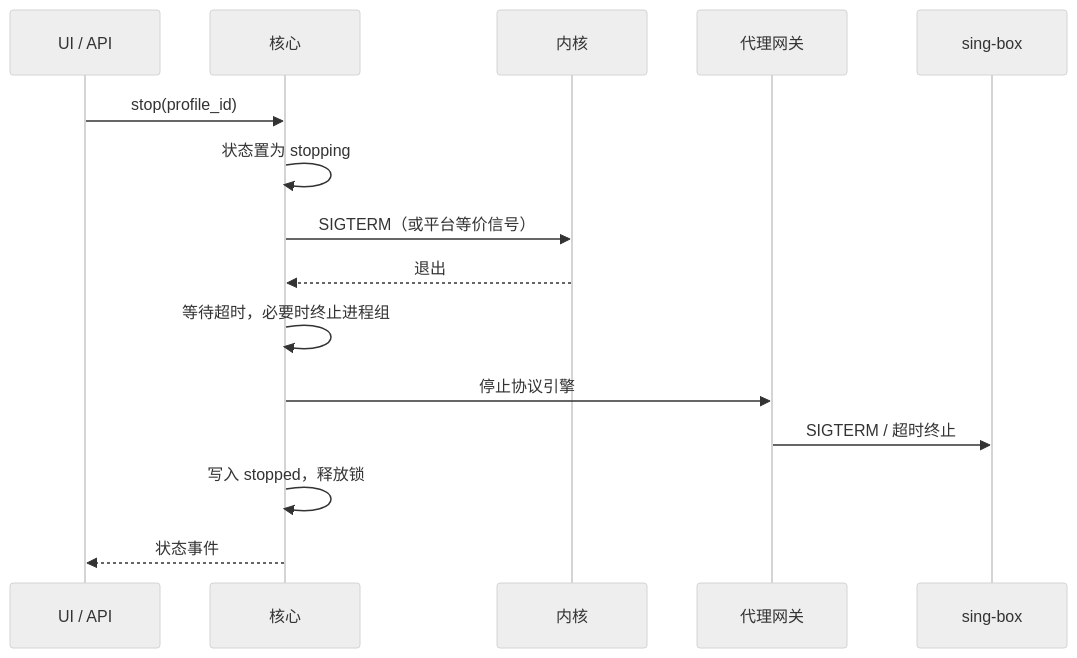
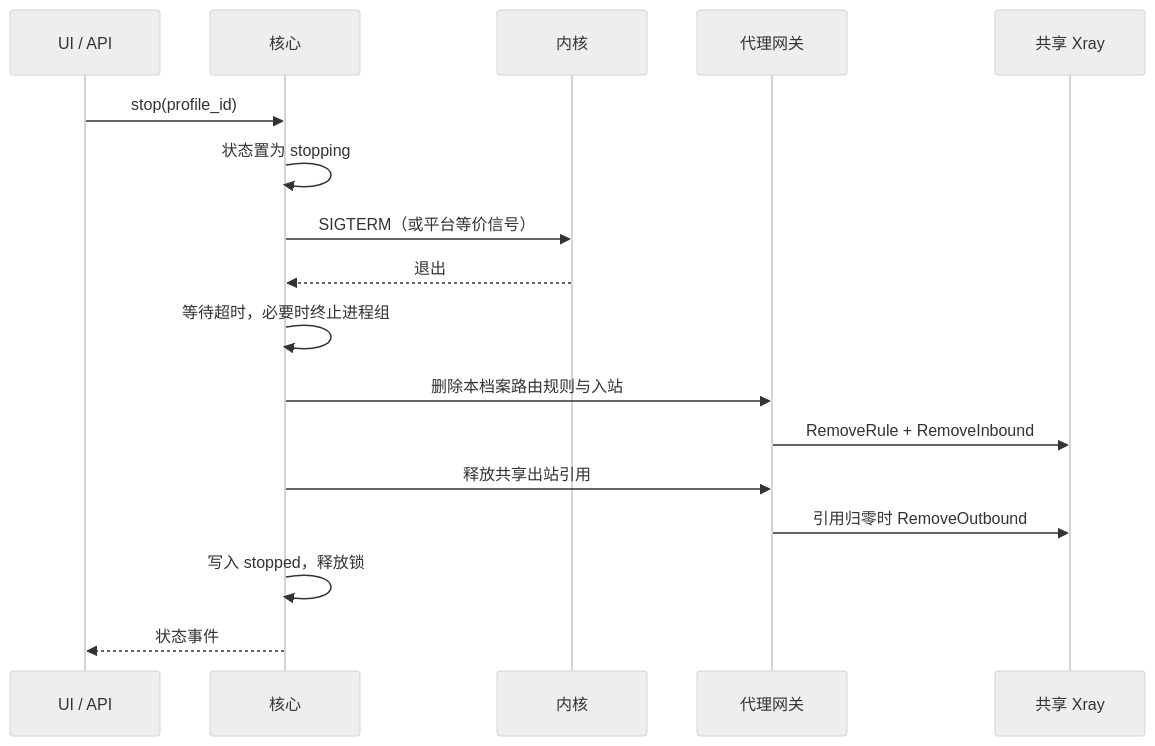
One commit to IvanLi-CN/mien changed the sixth of 8 diagrams in docs/ARCHITECTURE.md. Above: the diagram before and after it, drawn with Mermaid (neutral theme). The commit also changed other lines of this file and 23 other files, not shown here.

````diff
--- a/docs/ARCHITECTURE.md
+++ b/docs/ARCHITECTURE.md
@@ -242,18 +247,20 @@
 ```mermaid
 sequenceDiagram
   participant UI as UI / API
   participant Core as 核心
   participant K as 内核
   participant GW as 代理网关
-  participant PE as sing-box
+  participant PE as 共享 Xray
 
   UI->>Core: stop(profile_id)
   Core->>Core: 状态置为 stopping
   Core->>K: SIGTERM（或平台等价信号）
   K-->>Core: 退出
   Core->>Core: 等待超时，必要时终止进程组
-  Core->>GW: 停止协议引擎
-  GW->>PE: SIGTERM / 超时终止
+  Core->>GW: 删除本档案路由规则与入站
+  GW->>PE: RemoveRule + RemoveInbound
+  Core->>GW: 释放共享出站引用
+  GW->>PE: 引用归零时 RemoveOutbound
   Core->>Core: 写入 stopped，释放锁
   Core-->>UI: 状态事件
 ```
````
